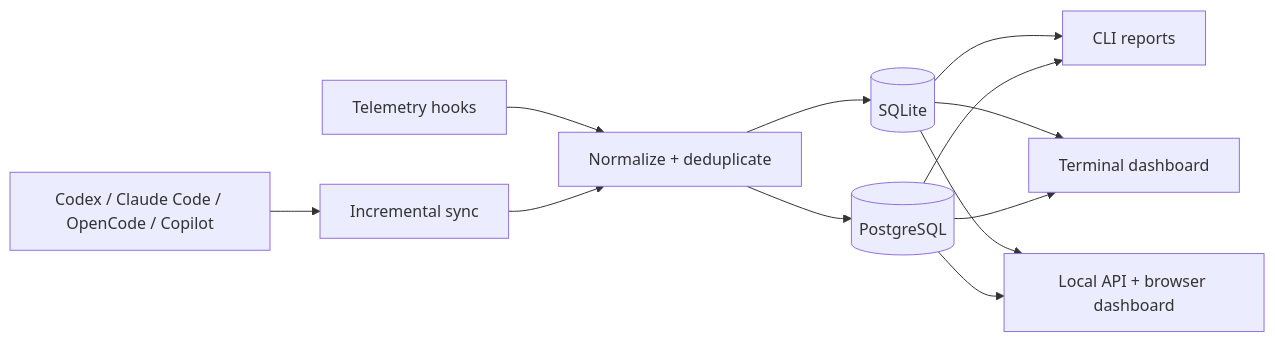
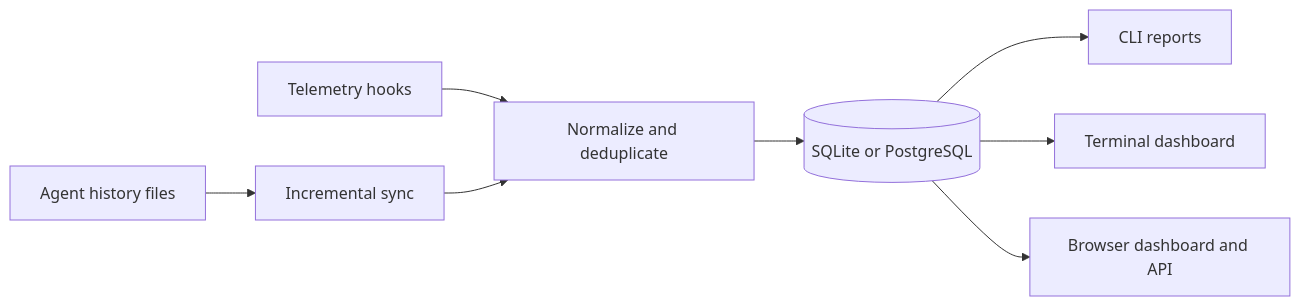
Before and after one commit to binzhango/agentusage: the diagram in README.md, drawn with Mermaid. The commit also changed other lines of this file and 3 other files, not shown here.

````diff
--- a/README.md
+++ b/README.md
@@ -407,14 +134,10 @@
 ```mermaid
 flowchart LR
-    Sources[Codex / Claude Code / OpenCode / Copilot] --> Sync[Incremental sync]
-    Hooks[Telemetry hooks] --> Normalize[Normalize + deduplicate]
+    Sources[Agent history files] --> Sync[Incremental sync]
+    Hooks[Telemetry hooks] --> Normalize[Normalize and deduplicate]
     Sync --> Normalize
-    Normalize --> SQLite[(SQLite)]
-    Normalize --> PostgreSQL[(PostgreSQL)]
-    SQLite --> Reports[CLI reports]
-    SQLite --> TUI[Terminal dashboard]
-    SQLite --> Server[Local API + browser dashboard]
-    PostgreSQL --> Reports
-    PostgreSQL --> TUI
-    PostgreSQL --> Server
+    Normalize --> Storage[(SQLite or PostgreSQL)]
+    Storage --> CLI[CLI reports]
+    Storage --> TUI[Terminal dashboard]
+    Storage --> Web[Browser dashboard and API]
 ```
````
